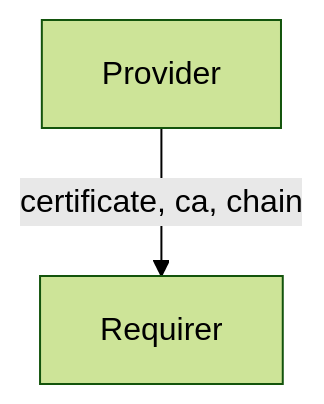
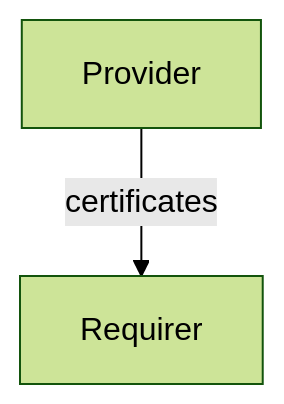
Before and after one commit to canonical/charm-relation-interfaces: the diagram in interfaces/certificate_transfer/v1/README.md, drawn with Mermaid (forest theme). The commit also changed other lines of this file and 2 other files, not shown here.

````diff
--- a/interfaces/certificate_transfer/v1/README.md
+++ b/interfaces/certificate_transfer/v1/README.md
@@ -11,4 +11,4 @@
 ```mermaid
 flowchart TD
-    Provider -- certificate, ca, chain --> Requirer
+    Provider -- certificates --> Requirer
 ```
````
